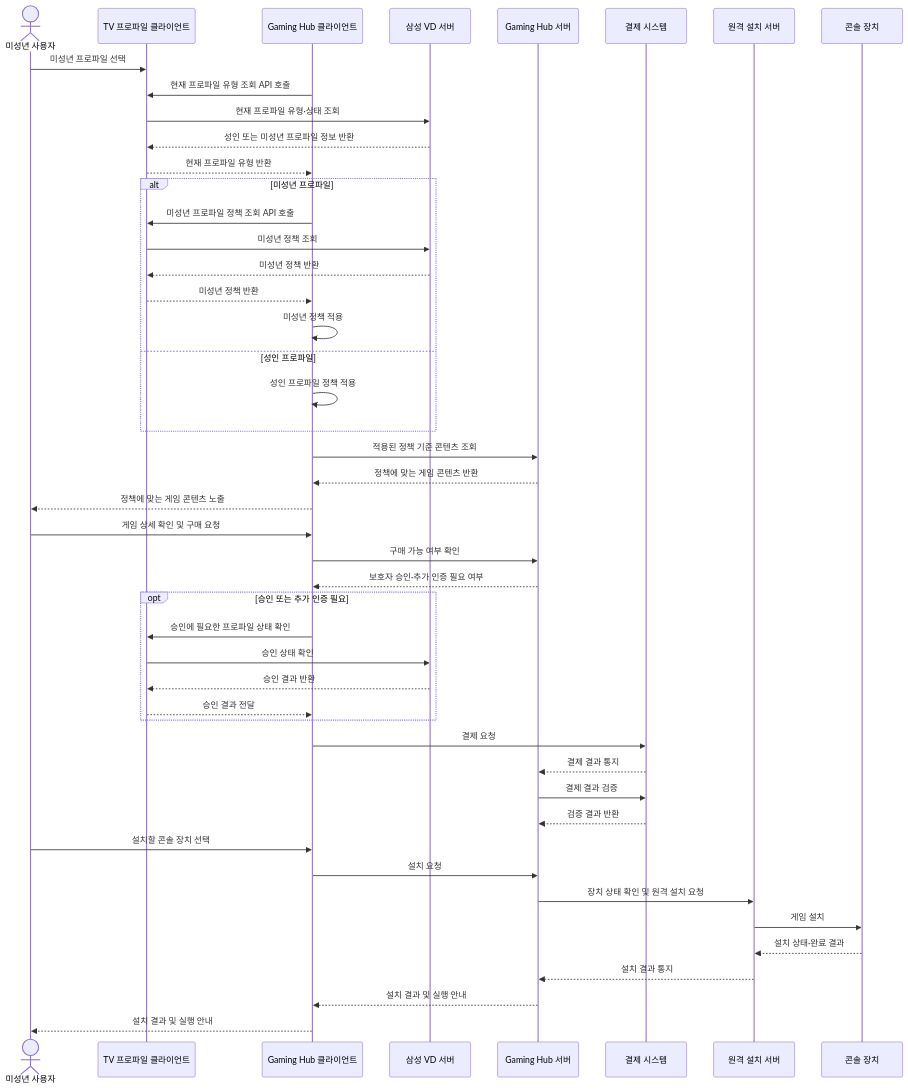
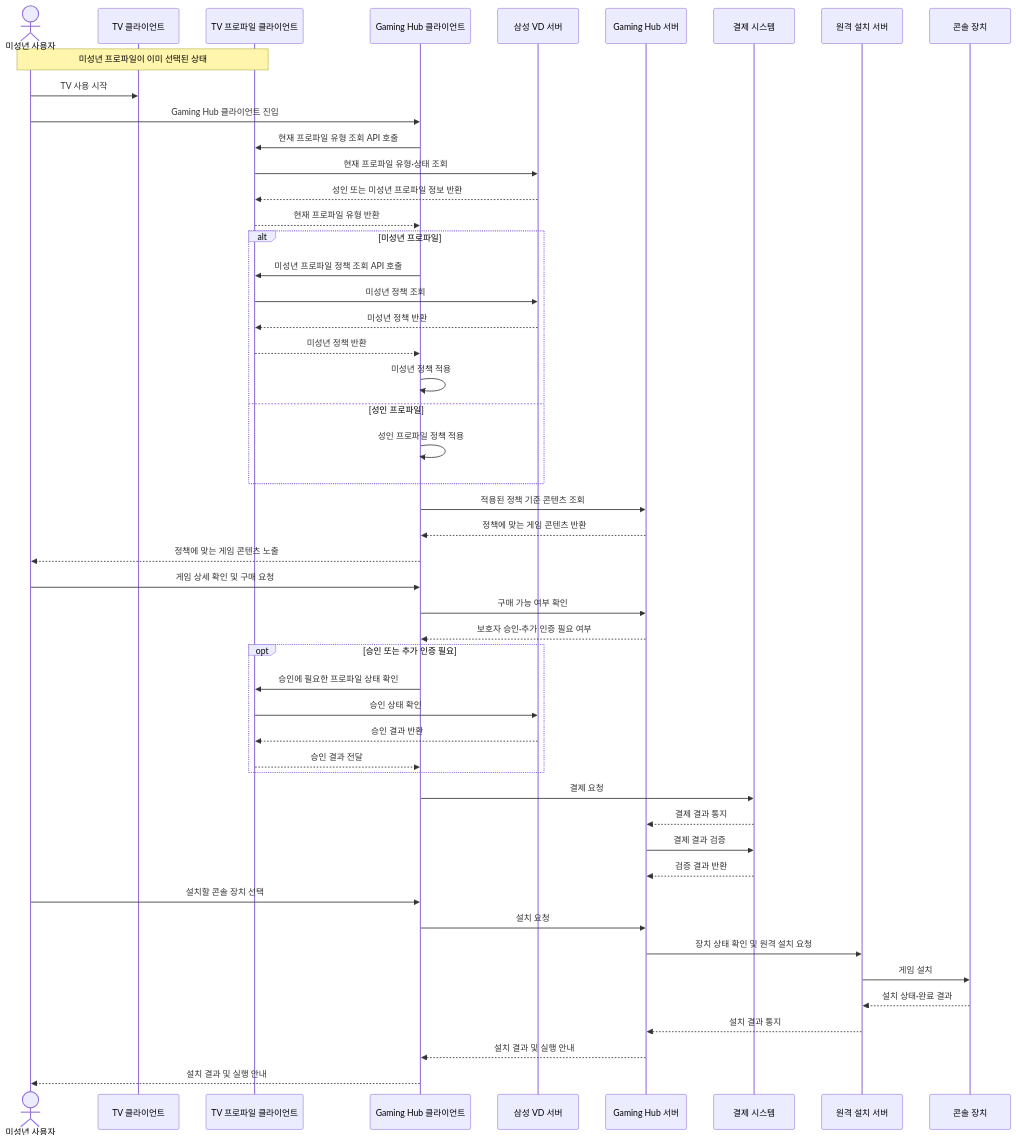
One commit to seock04/gaming-hub-console-content changed the first of 5 diagrams in docs/decision-point-2-architecture.md. Above: the diagram before and after it, drawn with Mermaid. The commit also changed other lines of this file, not shown here.

Commit message:
Refine minor profile scenario entry flow

````diff
--- a/docs/decision-point-2-architecture.md
+++ b/docs/decision-point-2-architecture.md
@@ -68,50 +69,53 @@
 ```mermaid
 sequenceDiagram
     actor User as 미성년 사용자
+    participant TV as TV 클라이언트
     participant Profile as TV 프로파일 클라이언트
     participant HubClient as Gaming Hub 클라이언트
     participant VD as 삼성 VD 서버
     participant Hub as Gaming Hub 서버
     participant Pay as 결제 시스템
     participant Install as 원격 설치 서버
     participant Console as 콘솔 장치
 
-    User->>Profile: 미성년 프로파일 선택
+    Note over User,Profile: 미성년 프로파일이 이미 선택된 상태
+    User->>TV: TV 사용 시작
+    User->>HubClient: Gaming Hub 클라이언트 진입
     HubClient->>Profile: 현재 프로파일 유형 조회 API 호출
     Profile->>VD: 현재 프로파일 유형·상태 조회
     VD-->>Profile: 성인 또는 미성년 프로파일 정보 반환
     Profile-->>HubClient: 현재 프로파일 유형 반환
     alt 미성년 프로파일
         HubClient->>Profile: 미성년 프로파일 정책 조회 API 호출
         Profile->>VD: 미성년 정책 조회
         VD-->>Profile: 미성년 정책 반환
         Profile-->>HubClient: 미성년 정책 반환
         HubClient->>HubClient: 미성년 정책 적용
     else 성인 프로파일
         HubClient->>HubClient: 성인 프로파일 정책 적용
     end
     HubClient->>Hub: 적용된 정책 기준 콘텐츠 조회
     Hub-->>HubClient: 정책에 맞는 게임 콘텐츠 반환
     HubClient-->>User: 정책에 맞는 게임 콘텐츠 노출
     User->>HubClient: 게임 상세 확인 및 구매 요청
     HubClient->>Hub: 구매 가능 여부 확인
     Hub-->>HubClient: 보호자 승인·추가 인증 필요 여부
     opt 승인 또는 추가 인증 필요
         HubClient->>Profile: 승인에 필요한 프로파일 상태 확인
         Profile->>VD: 승인 상태 확인
         VD-->>Profile: 승인 결과 반환
         Profile-->>HubClient: 승인 결과 전달
     end
     HubClient->>Pay: 결제 요청
     Pay-->>Hub: 결제 결과 통지
     Hub->>Pay: 결제 결과 검증
     Pay-->>Hub: 검증 결과 반환
     User->>HubClient: 설치할 콘솔 장치 선택
     HubClient->>Hub: 설치 요청
     Hub->>Install: 장치 상태 확인 및 원격 설치 요청
     Install->>Console: 게임 설치
     Console-->>Install: 설치 상태·완료 결과
     Install-->>Hub: 설치 결과 통지
     Hub-->>HubClient: 설치 결과 및 실행 안내
     HubClient-->>User: 설치 결과 및 실행 안내
 ```
````
